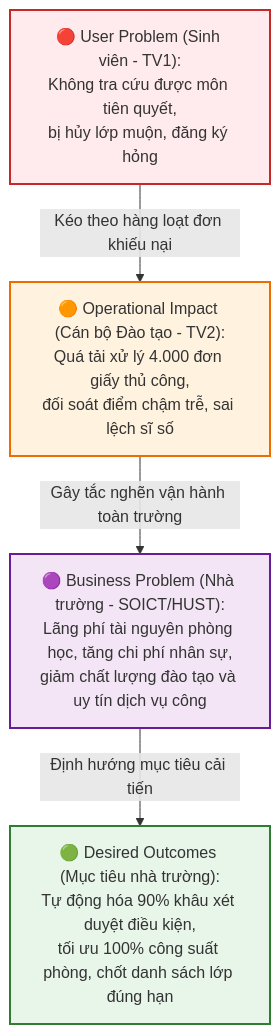
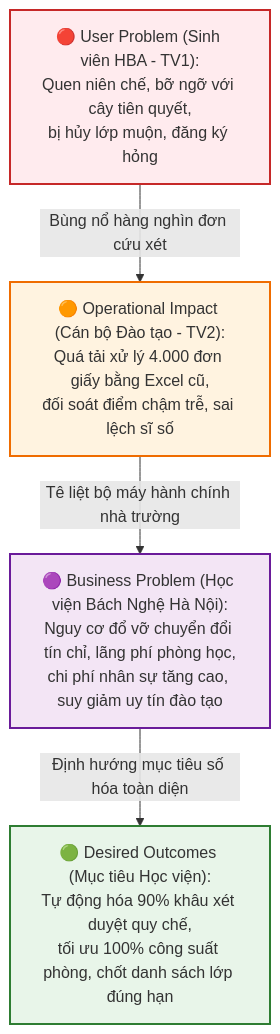
The diagram in bai-tap-1/TV2-CanBoDaoTao.md (cacancap/IT3120_QuanLyDaoTao), drawn with Mermaid before and after one commit. The commit also changed other lines of this file and 6 other files, not shown here.

````diff
--- a/bai-tap-1/TV2-CanBoDaoTao.md
+++ b/bai-tap-1/TV2-CanBoDaoTao.md
@@ -54,16 +56,16 @@
 ```mermaid
 flowchart TD
-    UP["🔴 User Problem (Sinh viên - TV1):<br/>Không tra cứu được môn tiên quyết,<br/>bị hủy lớp muộn, đăng ký hỏng"]
-    OI["🟠 Operational Impact (Cán bộ Đào tạo - TV2):<br/>Quá tải xử lý 4.000 đơn giấy thủ công,<br/>đối soát điểm chậm trễ, sai lệch sĩ số"]
-    BP["🟣 Business Problem (Nhà trường - SOICT/HUST):<br/>Lãng phí tài nguyên phòng học, tăng chi phí nhân sự,<br/>giảm chất lượng đào tạo và uy tín dịch vụ công"]
-    DO["🟢 Desired Outcomes (Mục tiêu nhà trường):<br/>Tự động hóa 90% khâu xét duyệt điều kiện,<br/>tối ưu 100% công suất phòng, chốt danh sách lớp đúng hạn"]
+    UP["🔴 User Problem (Sinh viên HBA - TV1):<br/>Quen niên chế, bỡ ngỡ với cây tiên quyết,<br/>bị hủy lớp muộn, đăng ký hỏng"]
+    OI["🟠 Operational Impact (Cán bộ Đào tạo - TV2):<br/>Quá tải xử lý 4.000 đơn giấy bằng Excel cũ,<br/>đối soát điểm chậm trễ, sai lệch sĩ số"]
+    BP["🟣 Business Problem (Học viện Bách Nghệ Hà Nội):<br/>Nguy cơ đổ vỡ chuyển đổi tín chỉ, lãng phí phòng học,<br/>chi phí nhân sự tăng cao, suy giảm uy tín đào tạo"]
+    DO["🟢 Desired Outcomes (Mục tiêu Học viện):<br/>Tự động hóa 90% khâu xét duyệt quy chế,<br/>tối ưu 100% công suất phòng, chốt danh sách lớp đúng hạn"]
 
-    UP -->|"Kéo theo hàng loạt đơn khiếu nại"| OI
-    OI -->|"Gây tắc nghẽn vận hành toàn trường"| BP
-    BP -->|"Định hướng mục tiêu cải tiến"| DO
+    UP -->|"Bùng nổ hàng nghìn đơn cứu xét"| OI
+    OI -->|"Tê liệt bộ máy hành chính nhà trường"| BP
+    BP -->|"Định hướng mục tiêu số hóa toàn diện"| DO
 
     style UP fill:#ffebee,stroke:#c62828,stroke-width:2px
     style OI fill:#fff3e0,stroke:#ef6c00,stroke-width:2px
     style BP fill:#f3e5f5,stroke:#6a1b9a,stroke-width:2px
     style DO fill:#e8f5e9,stroke:#2e7d32,stroke-width:2px
 ```
````
